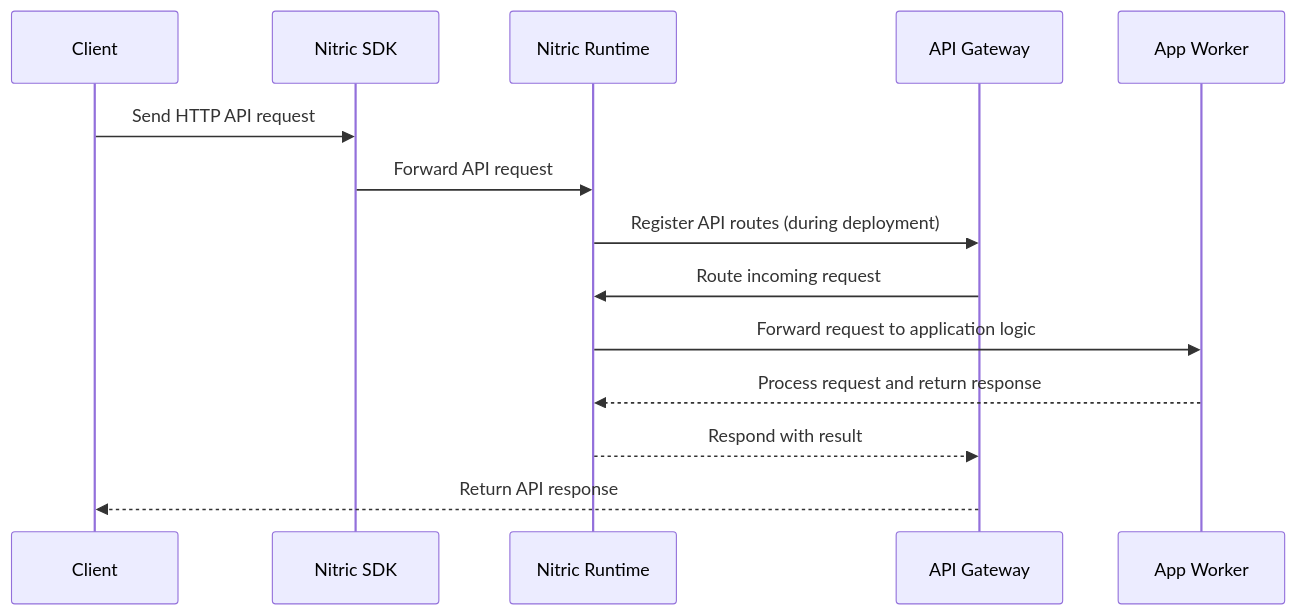
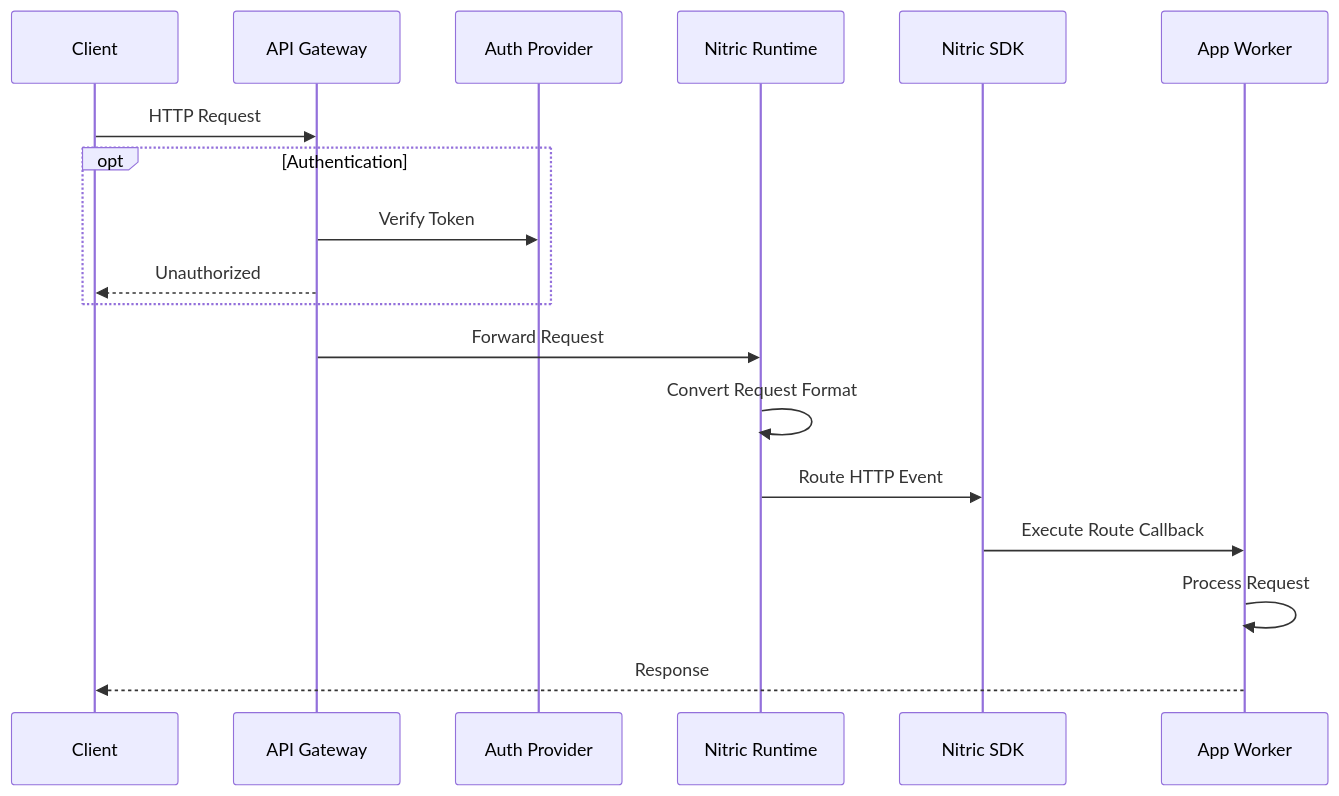
One commit to nitrictech/docs changed the fourth of 4 diagrams in docs/architecture/apis.mdx. Above: the diagram before and after it, drawn with Mermaid. The commit also changed other lines of this file, not shown here.

Commit message:
split API sequence diagrams between runtime and build time

````diff
--- a/docs/architecture/apis.mdx
+++ b/docs/architecture/apis.mdx
@@ -89,18 +122,22 @@
 ```mermaid
 sequenceDiagram
-    participant Client as Client
-    participant NitricSDK as Nitric SDK
-    participant NitricRuntime as Nitric Runtime
-    participant APIGateway as API Gateway
-    participant Worker as App Worker
+  participant Client as Client
+  participant APIGateway as API Gateway
+  participant Auth as Auth Provider
+  participant Nitric as Nitric Runtime
+  participant SDK as Nitric SDK
+  participant Worker as App Worker
 
-    Client->>NitricSDK: Send HTTP API request
-    NitricSDK->>NitricRuntime: Forward API request
-    NitricRuntime->>APIGateway: Register API routes (during deployment)
+  Client->>APIGateway: HTTP Request
+  opt Authentication
+    APIGateway->>Auth: Verify Token
+    APIGateway-->>Client: Unauthorized
+  end
+  APIGateway->>Nitric: Forward Request
+  Nitric->>Nitric: Convert Request Format
+  Nitric->>SDK: Route HTTP Event
+  SDK->>Worker: Execute Route Callback
 
-    APIGateway->>NitricRuntime: Route incoming request
-    NitricRuntime->>Worker: Forward request to application logic
-    Worker-->>NitricRuntime: Process request and return response
-    NitricRuntime-->>APIGateway: Respond with result
-    APIGateway-->>Client: Return API response
+  Worker->>Worker: Process Request
+  Worker-->>Client: Response
 ```
````
